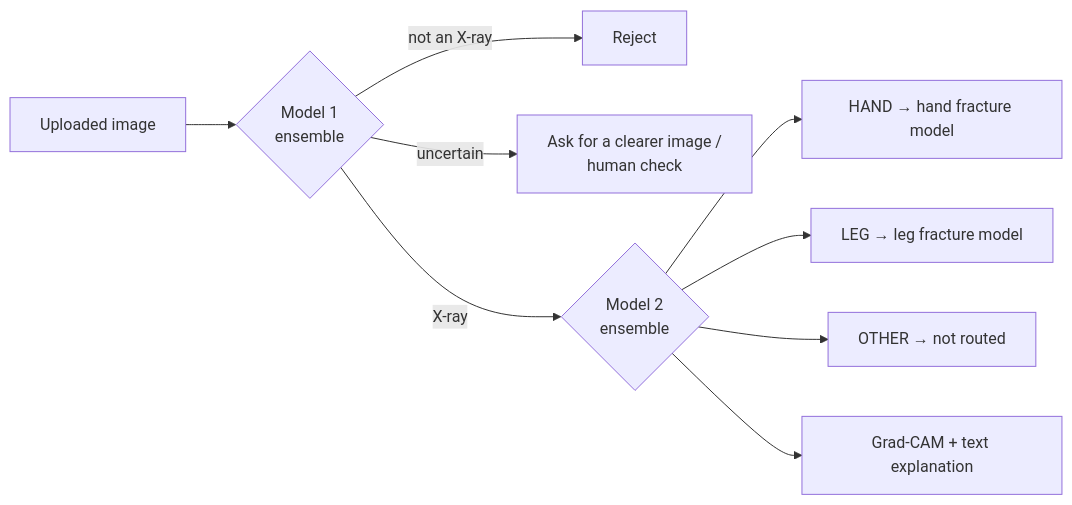
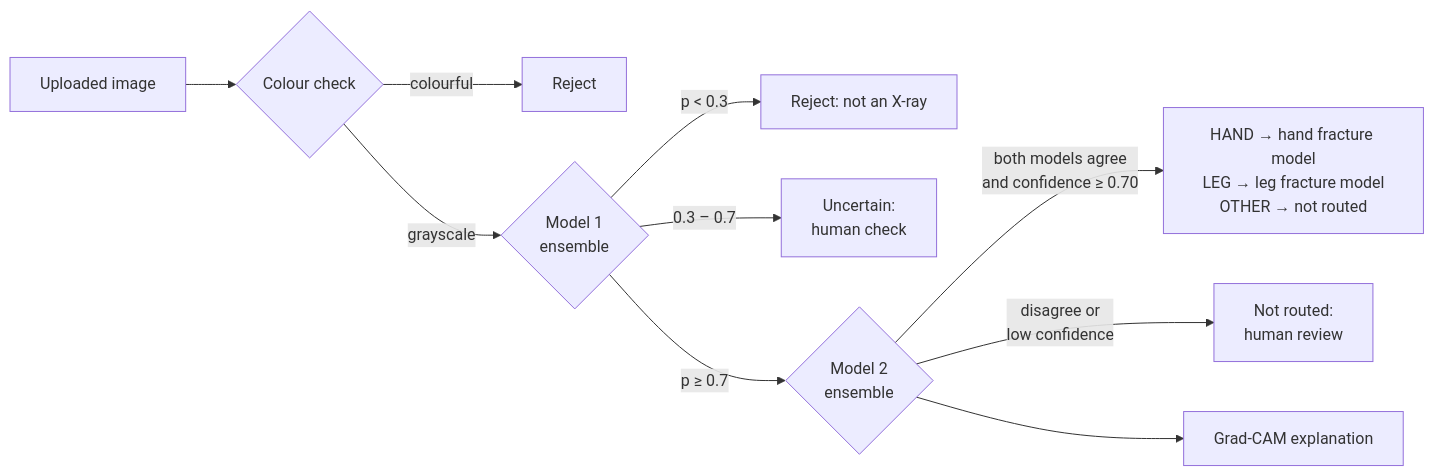
The diagram in component1-xray-validation/README.md (Karnesh12/J26-IT-346), drawn with Mermaid before and after one commit. The commit also changed other lines of this file, not shown here.

First line of the commit message:
Update Component 1 README for Model 1 v3 and Model 2 v2

````diff
--- a/component1-xray-validation/README.md
+++ b/component1-xray-validation/README.md
@@ -11,11 +12,12 @@
 ```mermaid
 flowchart LR
-    A[Uploaded image] --> B{Model 1<br/>ensemble}
-    B -- not an X-ray --> R1[Reject]
-    B -- uncertain --> R2[Ask for a clearer image /<br/>human check]
-    B -- X-ray --> C{Model 2<br/>ensemble}
-    C --> H[HAND → hand fracture model]
-    C --> L[LEG → leg fracture model]
-    C --> O[OTHER → not routed]
-    C --> X[Grad-CAM + text explanation]
+    A[Uploaded image] --> S{Colour check}
+    S -- colourful --> R0[Reject]
+    S -- grayscale --> B{Model 1<br/>ensemble}
+    B -- p < 0.3 --> R1[Reject: not an X-ray]
+    B -- 0.3 – 0.7 --> R2[Uncertain:<br/>human check]
+    B -- p ≥ 0.7 --> C{Model 2<br/>ensemble}
+    C -- both models agree<br/>and confidence ≥ 0.70 --> H[HAND → hand fracture model<br/>LEG → leg fracture model<br/>OTHER → not routed]
+    C -- disagree or<br/>low confidence --> U[Not routed:<br/>human review]
+    C --> X[Grad-CAM explanation]
 ```
````
